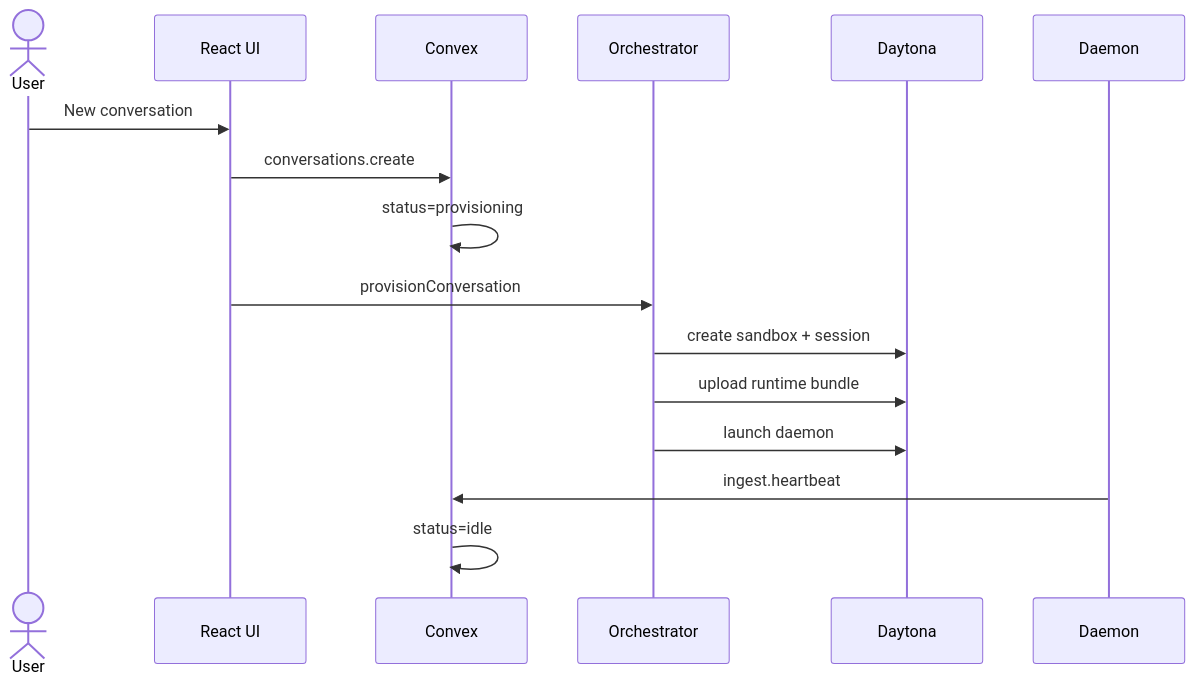
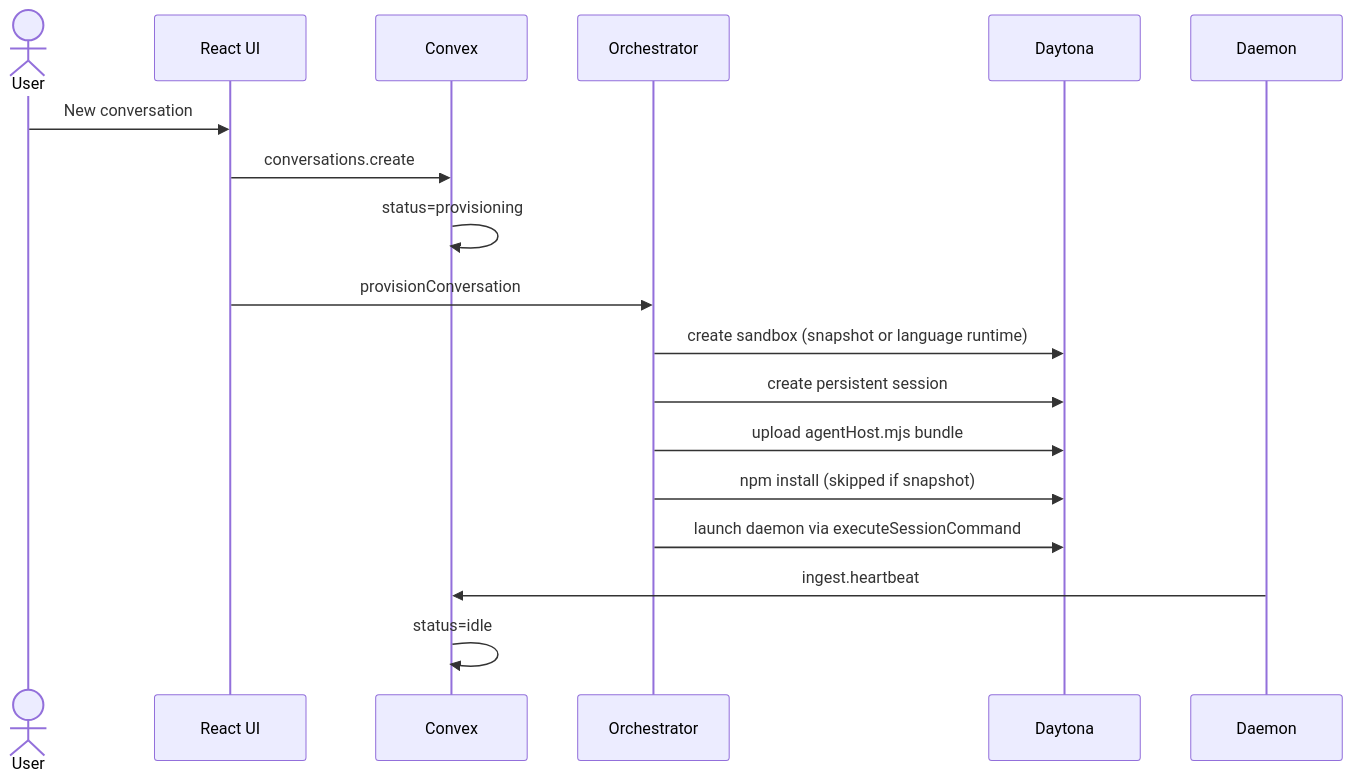
One commit to AN-SWAPNIL/AgenticAI-Assignment changed the third of 8 diagrams in README.md. Above: the diagram before and after it, drawn with Mermaid. The commit also changed other lines of this file and 1 other file, not shown here.

````diff
--- a/README.md
+++ b/README.md
@@ -107,19 +111,21 @@
 ```mermaid
 sequenceDiagram
   actor User
   participant UI as React UI
   participant CV as Convex
   participant OR as Orchestrator
   participant DY as Daytona
   participant DM as Daemon
 
   User->>UI: New conversation
   UI->>CV: conversations.create
   CV->>CV: status=provisioning
   UI->>OR: provisionConversation
-  OR->>DY: create sandbox + session
-  OR->>DY: upload runtime bundle
-  OR->>DY: launch daemon
+  OR->>DY: create sandbox (snapshot or language runtime)
+  OR->>DY: create persistent session
+  OR->>DY: upload agentHost.mjs bundle
+  OR->>DY: npm install (skipped if snapshot)
+  OR->>DY: launch daemon via executeSessionCommand
   DM->>CV: ingest.heartbeat
   CV->>CV: status=idle
 ```
````
